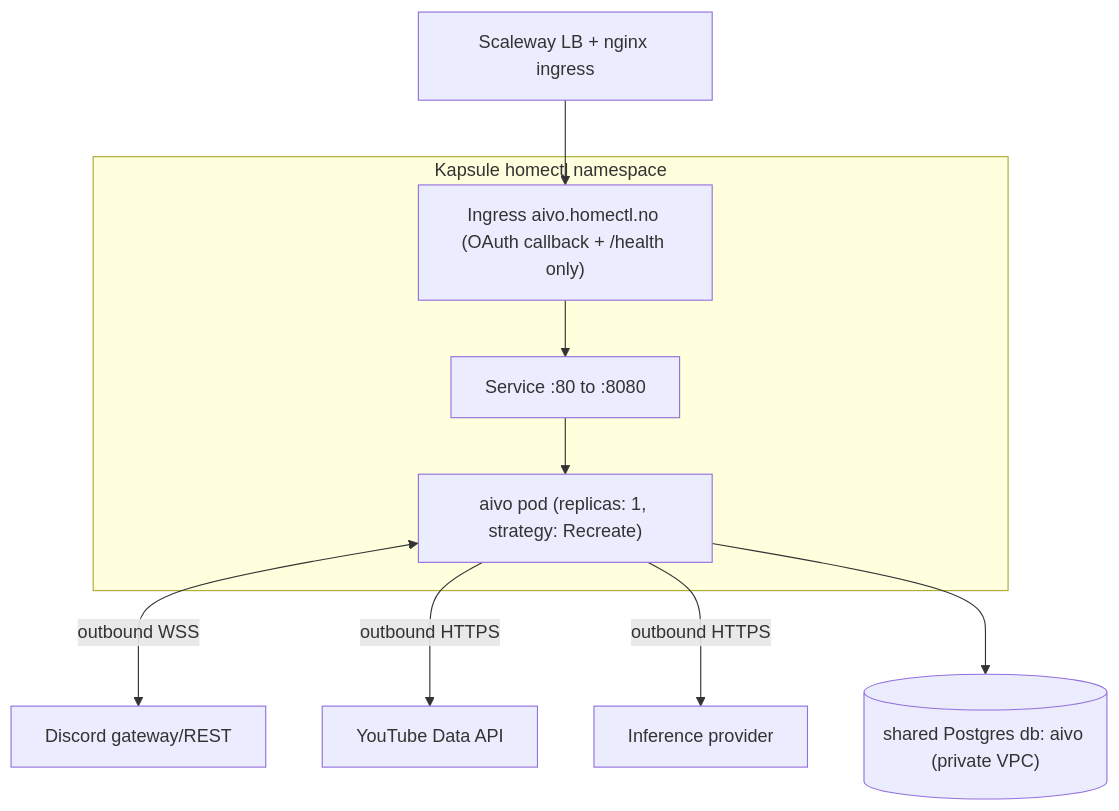
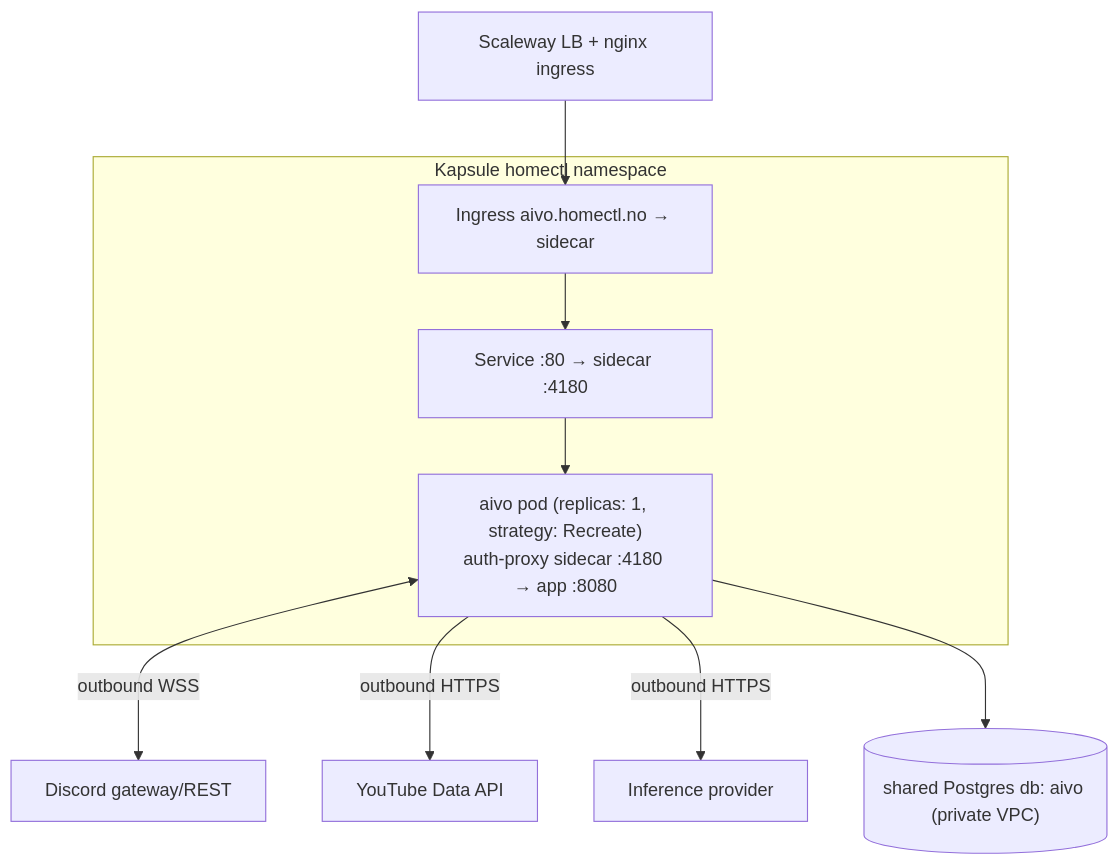
One commit to GagnatDev/aivo changed the diagram in docs/deployment.md. Above: the diagram before and after it, drawn with Mermaid. The commit also changed other lines of this file and 36 other files, not shown here.

````diff
--- a/docs/deployment.md
+++ b/docs/deployment.md
@@ -28,19 +28,19 @@
 ```mermaid
 flowchart TD
   discord["Discord gateway/REST"]
   ytapi["YouTube Data API"]
   infer["Inference provider"]
   subgraph cluster [Kapsule homectl namespace]
-    pod["aivo pod (replicas: 1, strategy: Recreate)"]
-    svc["Service :80 to :8080"]
-    ing["Ingress aivo.homectl.no (OAuth callback + /health only)"]
+    pod["aivo pod (replicas: 1, strategy: Recreate)<br/>auth-proxy sidecar :4180 → app :8080"]
+    svc["Service :80 → sidecar :4180"]
+    ing["Ingress aivo.homectl.no → sidecar"]
   end
   pg[("shared Postgres db: aivo (private VPC)")]
   lb["Scaleway LB + nginx ingress"]
 
   pod <-->|"outbound WSS"| discord
   pod -->|"outbound HTTPS"| ytapi
   pod -->|"outbound HTTPS"| infer
   pod --> pg
   lb --> ing --> svc --> pod
 ```
````
